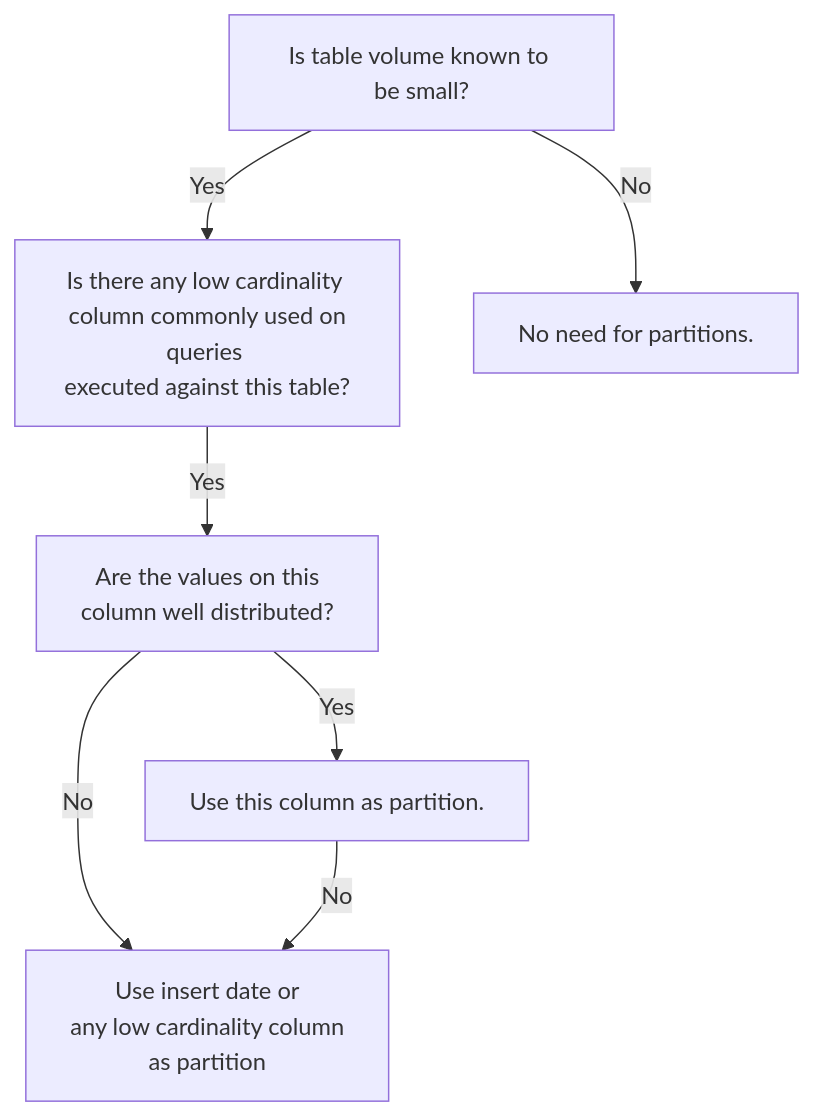
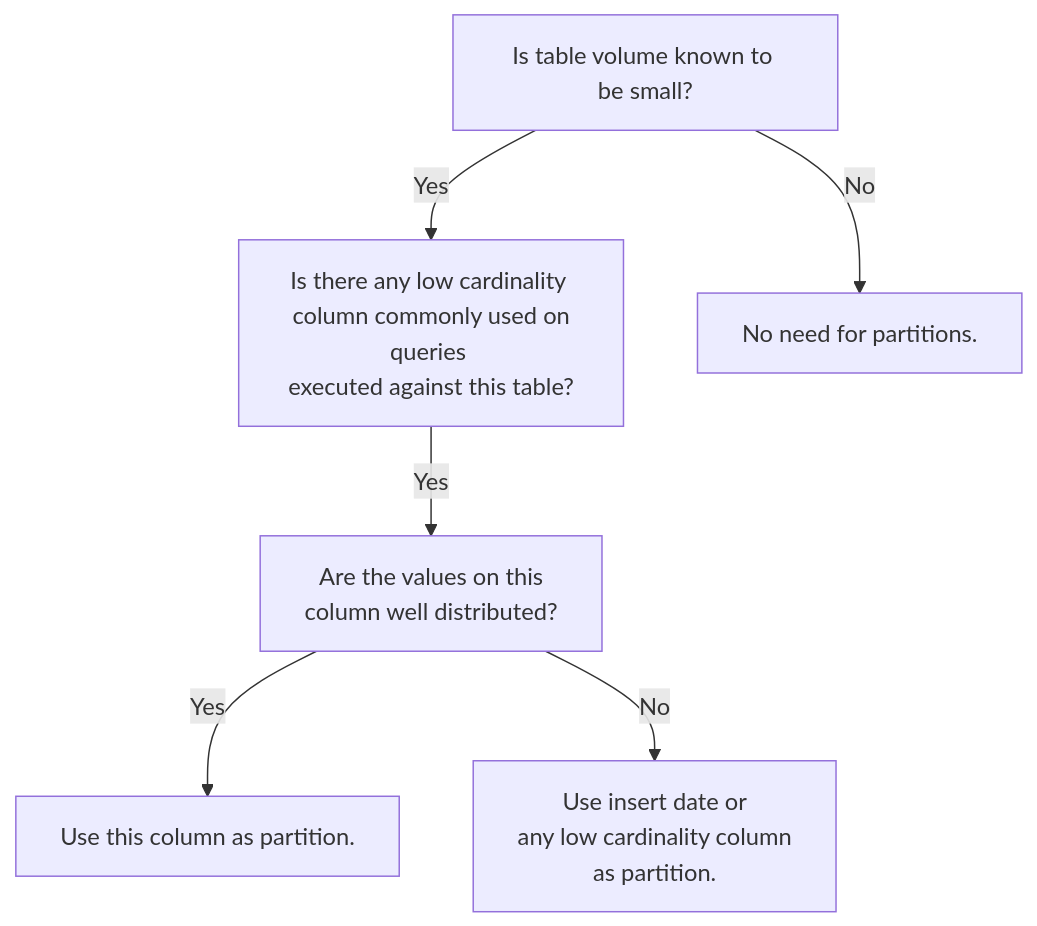
One commit to jayam923/brewdat-pltfrm-ghq-tech-template-adb changed the diagram in docs/table_optimizations.md. Above: the diagram before and after it, drawn with Mermaid. The commit also changed other lines of this file, not shown here.

````diff
--- a/docs/table_optimizations.md
+++ b/docs/table_optimizations.md
@@ -115,9 +118,8 @@
 ```mermaid
 graph TD;
     A[Is table volume known to be small?]-- Yes -->B[Is there any low cardinality <br> column commonly used on queries <br>executed against this table?];
     B-- Yes -->D[Are the values on this <br> column well distributed?];
     A-- No -->C[No need for partitions.];
     D-- Yes -->F[Use this column as partition.];
-    D-- No -->G[Use insert date or <br>any low cardinality column <br> as partition];
-    F-- No -->G
+    D-- No -->G[Use insert date or <br>any low cardinality column <br> as partition.];
 ```
````
